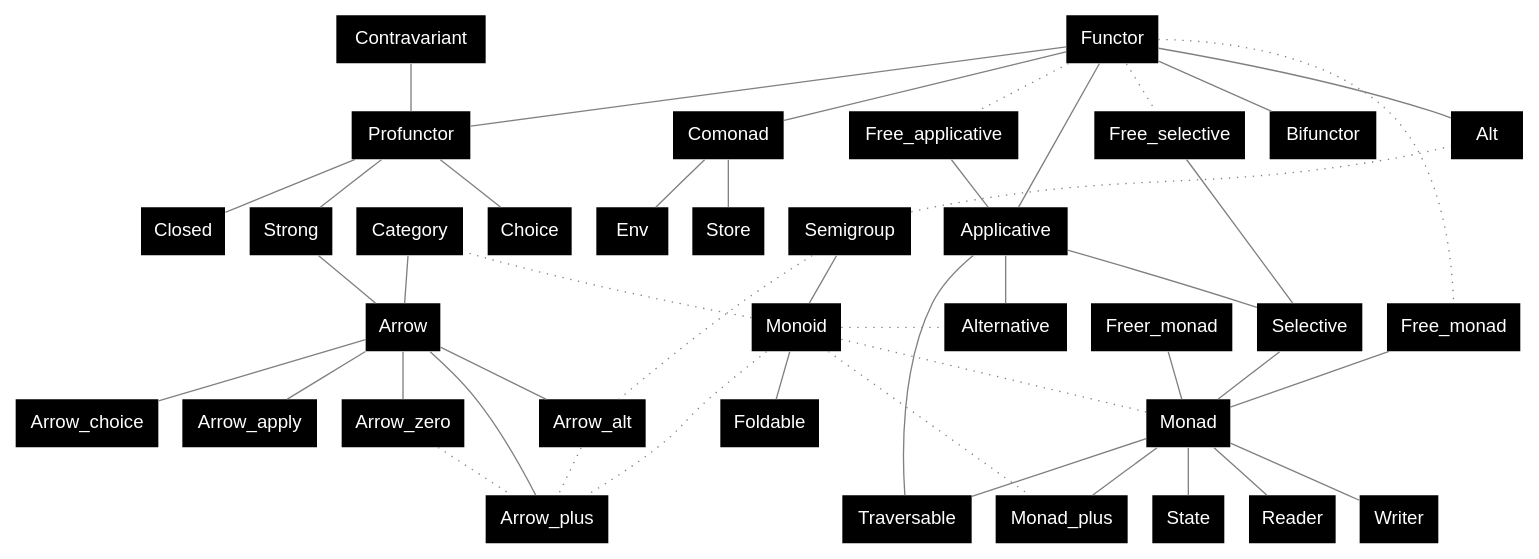
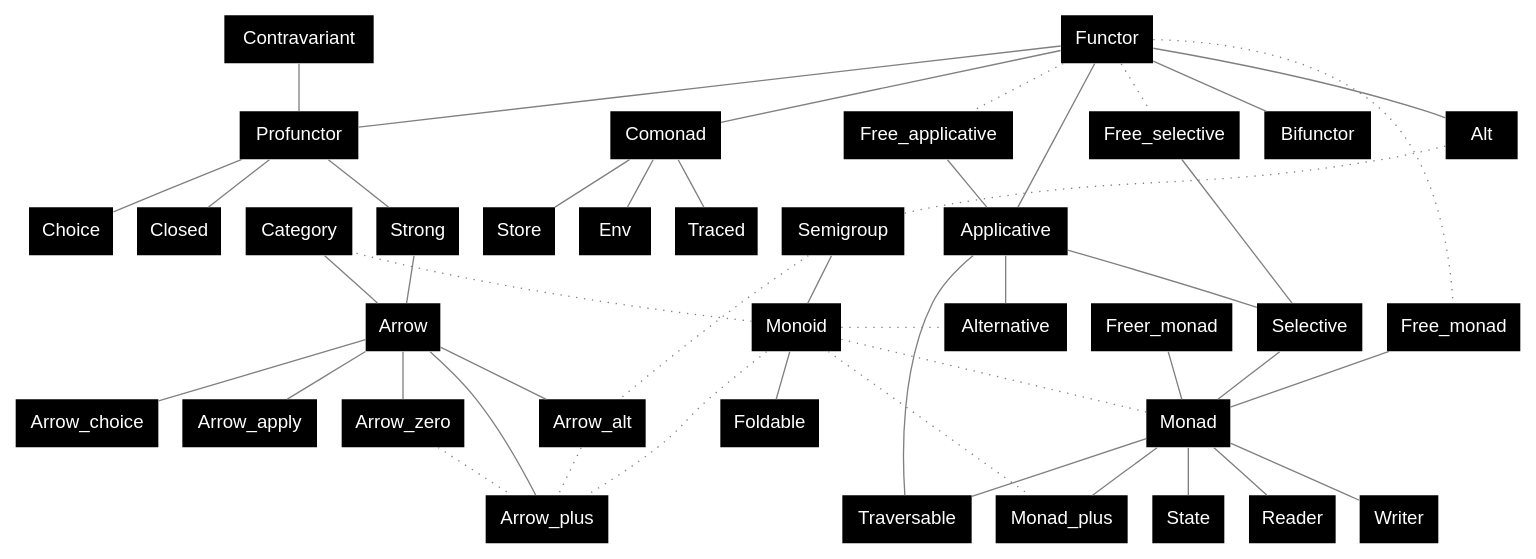
Before and after one commit to xvw/preface: the diagram in .github/dot/specs.dot, drawn with Graphviz. The commit also changed 14 other files, not shown here.

```diff
--- a/.github/dot/specs.dot
+++ b/.github/dot/specs.dot
@@ -1,60 +1,61 @@
 graph {
         node [shape=plaintext; fontname = "Helvetica"; style=filled; fillcolor=black; fontcolor=white];
         edge [color = gray];
         
         Contravariant;      
         Functor -- Applicative -- Selective --  Monad;
         Applicative -- Alternative;
         Monad -- Monad_plus;
         Functor -- Alt;
         Functor -- Comonad;
         
         Semigroup -- Monoid;
         Monoid -- Alternative [style=dotted; arrowhead=none; constraint=false];
         Monoid -- Monad_plus [style=dotted; arrowhead=none; constraint=false];
         Semigroup -- Alt [style=dotted; arrowhead=none; constraint=false];
         Monoid -- Monad [style=dotted; arrowhead=none];
         Monoid -- Foldable;
 
         Functor -- Free_selective [style=dotted; arrowhead=none];
         Functor -- Free_applicative [style=dotted; arrowhead=none];
         Functor -- Free_monad [style=dotted; arrowhead=none];
         
         Free_selective -- Selective;
         Free_applicative -- Applicative;
         Free_monad -- Monad;
         Freer_monad -- Monad;
 
         Profunctor;
         Bifunctor;
 
         Contravariant -- Profunctor;
         Functor -- Profunctor;
         Functor -- Bifunctor;
 
         Monad --State;
         Monad -- Reader;
         Monad -- Writer;
 
         Comonad -- Store;
         Comonad -- Env;
+        Comonad -- Traced;
 
         Applicative -- Traversable;
         Monad -- Traversable;
 
         Monoid -- Category [style=dotted; arrowhead=none; constraint=false];
         Category -- Arrow;
         Profunctor -- Strong;
         Profunctor -- Choice;
         Profunctor -- Closed;
         Strong -- Arrow;
         Arrow -- Arrow_zero;
         Arrow -- Arrow_alt;
         Arrow -- Arrow_plus;
         Arrow -- Arrow_choice;
         Arrow -- Arrow_apply;
         Arrow_zero -- Arrow_plus [style=dotted; arrowhead=none];
         Arrow_alt -- Arrow_plus [style=dotted; arrowhead=none];
         Monoid -- Arrow_plus [style=dotted; arrowhead=none];
         Semigroup -- Arrow_alt [style=dotted; arrowhead=none];
 }
```
